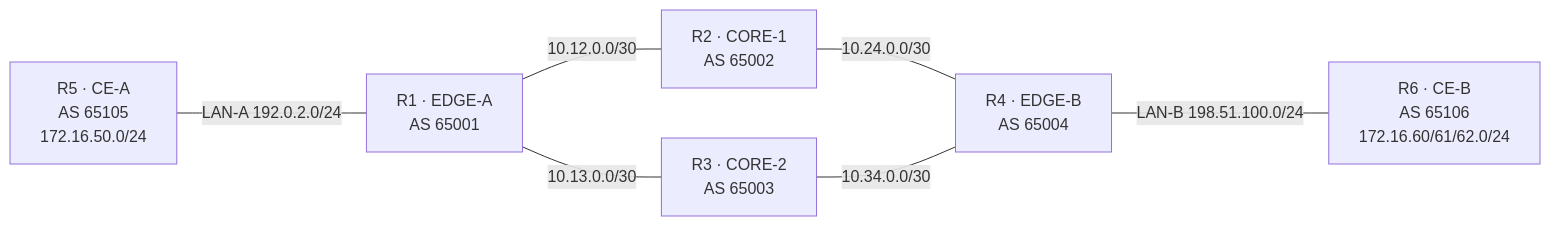
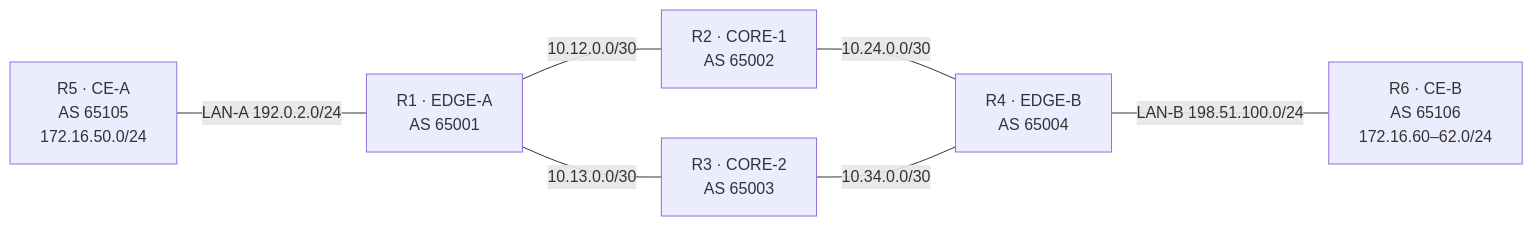
The first of 8 diagrams in docs/chapters/JUNOS_Rozdzial_08_Routing_Policy_and_Firewall_Filters_v3_DIAMOND6R.md (nelto79/jncip), drawn with Mermaid before and after one commit. The commit also changed other lines of this file, not shown here.

Commit message:
docs(ch08): fix inline code markup and render Mermaid diagrams consistently

````diff
--- a/docs/chapters/JUNOS_Rozdzial_08_Routing_Policy_and_Firewall_Filters_v3_DIAMOND6R.md
+++ b/docs/chapters/JUNOS_Rozdzial_08_Routing_Policy_and_Firewall_Filters_v3_DIAMOND6R.md
@@ -27,15 +27,15 @@
-~~~mermaid
+```mermaid
 flowchart LR
     R5["R5 · CE-A<br/>AS 65105<br/>172.16.50.0/24"]
     R1["R1 · EDGE-A<br/>AS 65001"]
     R2["R2 · CORE-1<br/>AS 65002"]
     R3["R3 · CORE-2<br/>AS 65003"]
     R4["R4 · EDGE-B<br/>AS 65004"]
-    R6["R6 · CE-B<br/>AS 65106<br/>172.16.60/61/62.0/24"]
+    R6["R6 · CE-B<br/>AS 65106<br/>172.16.60–62.0/24"]
     R5 ---|"LAN-A 192.0.2.0/24"| R1
     R1 ---|"10.12.0.0/30"| R2
     R1 ---|"10.13.0.0/30"| R3
     R2 ---|"10.24.0.0/30"| R4
     R3 ---|"10.34.0.0/30"| R4
     R4 ---|"LAN-B 198.51.100.0/24"| R6
-~~~
+```
````
